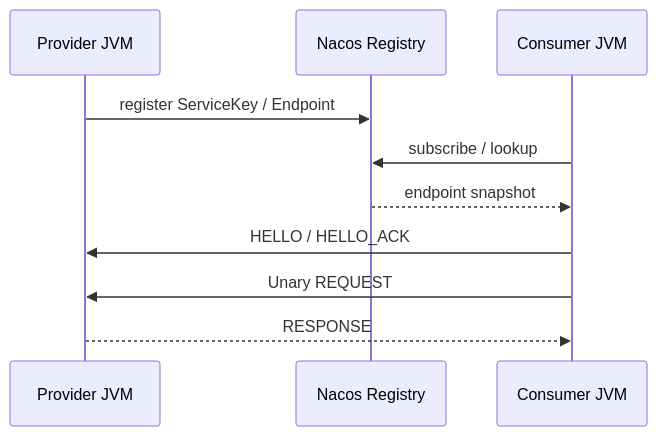
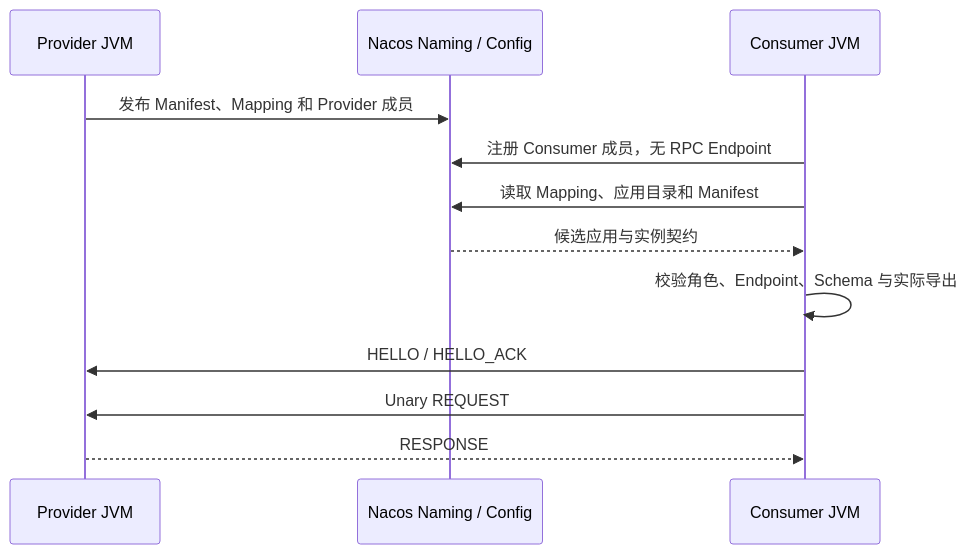
One commit to Ryan-Guizhou/otryx-rpc changed the diagram in docs/getting-started.md. Above: the diagram before and after it, drawn with Mermaid. The commit also changed other lines of this file and 28 other files, not shown here.

````diff
--- a/docs/getting-started.md
+++ b/docs/getting-started.md
@@ -75,12 +85,14 @@
 ```mermaid
 sequenceDiagram
     participant P as Provider JVM
-    participant R as Nacos Registry
+    participant R as Nacos Naming / Config
     participant C as Consumer JVM
-    P->>R: register ServiceKey / Endpoint
-    C->>R: subscribe / lookup
-    R-->>C: endpoint snapshot
+    P->>R: 发布 Manifest、Mapping 和 Provider 成员
+    C->>R: 注册 Consumer 成员，无 RPC Endpoint
+    C->>R: 读取 Mapping、应用目录和 Manifest
+    R-->>C: 候选应用与实例契约
+    C->>C: 校验角色、Endpoint、Schema 与实际导出
     C->>P: HELLO / HELLO_ACK
     C->>P: Unary REQUEST
     P-->>C: RESPONSE
 ```
````
